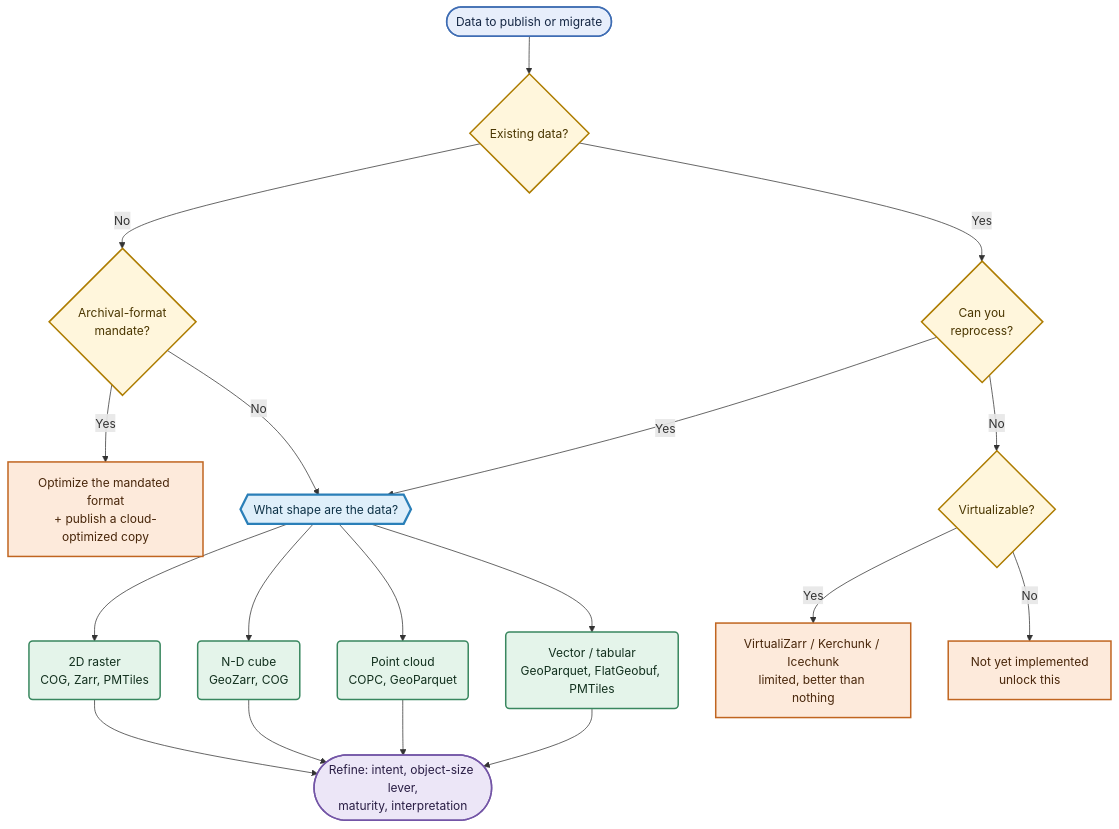
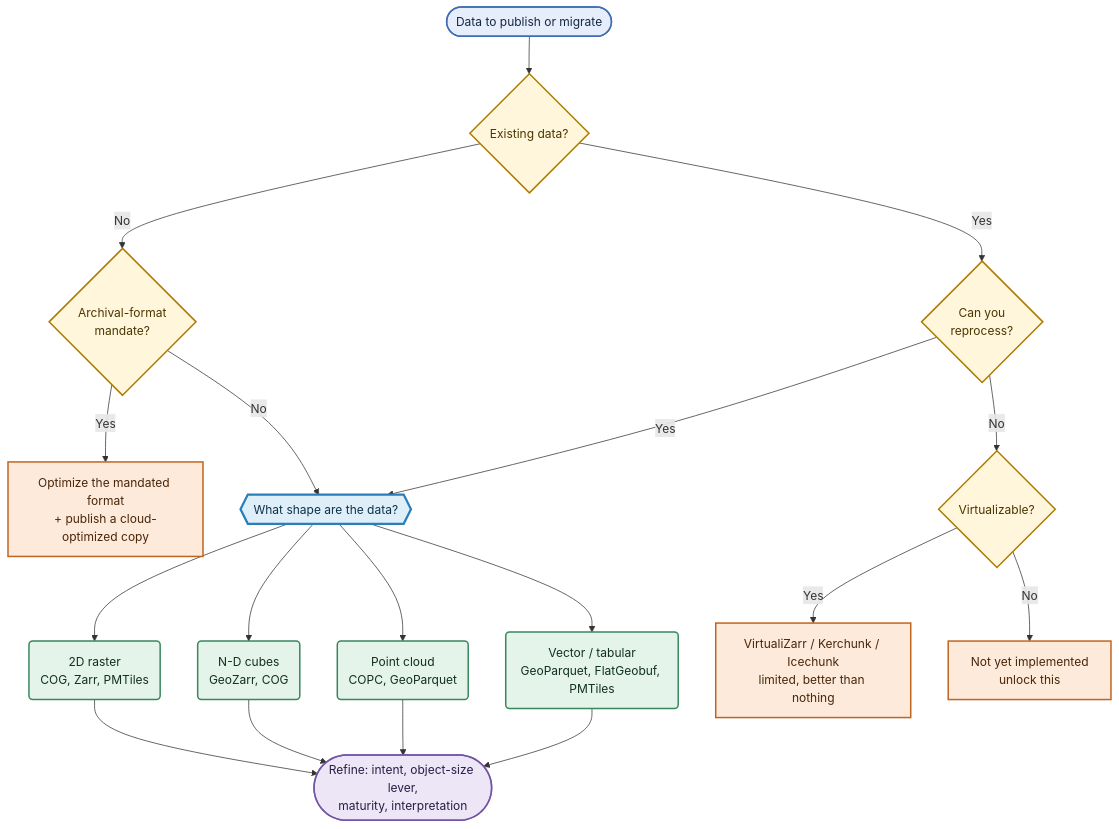
One commit to cloudnativegeo/cloud-optimized-geospatial-formats-guide changed the diagram in decision-framework/index.qmd. Above: the diagram before and after it, drawn with Mermaid. The commit also changed other lines of this file, not shown here.

Commit message:
Clarify terminology in decision framework by correcting pluralization of "N-D cube" to "N-D cubes" and enhancing consistency in data shape descriptions.

````diff
--- a/decision-framework/index.qmd
+++ b/decision-framework/index.qmd
@@ -84,39 +84,39 @@
 ```{mermaid}
 flowchart TD
     A([Data to publish or migrate]) --> B{Existing data?}
 
     B -- No --> C{Archival-format<br/>mandate?}
     C -- Yes --> C1[Optimize the mandated format<br/>+ publish a cloud-optimized copy]
     C -- No --> T{{What shape are the data?}}
 
     B -- Yes --> D{Can you<br/>reprocess?}
     D -- Yes --> T
     D -- No --> E{Virtualizable?}
     E -- Yes --> E1[VirtualiZarr / Kerchunk / Icechunk<br/>limited, better than nothing]
     E -- No --> E2[Not yet implemented<br/>unlock this]
 
     T --> T1(2D raster<br/>COG, Zarr, PMTiles)
-    T --> T2(N-D cube<br/>GeoZarr, COG)
+    T --> T2(N-D cubes<br/>GeoZarr, COG)
     T --> T3(Point cloud<br/>COPC, GeoParquet)
     T --> T4(Vector / tabular<br/>GeoParquet, FlatGeobuf, PMTiles)
 
     T1 --> R([Refine: intent, object-size lever,<br/>maturity, interpretation])
     T2 --> R
     T3 --> R
     T4 --> R
 
     classDef entry   fill:#e7eefb,stroke:#3f6db3,stroke-width:2px,color:#152744
     classDef ask     fill:#fff6dc,stroke:#ad7c00,stroke-width:2px,color:#4a3600
     classDef hinge   fill:#dfeffa,stroke:#2a7fb8,stroke-width:3px,color:#0e3247
     classDef family  fill:#e4f4ea,stroke:#39875f,stroke-width:2px,color:#12301e
     classDef partial fill:#fdeadb,stroke:#c06520,stroke-width:2px,color:#48260a
     classDef refine  fill:#ece6f7,stroke:#7355a6,stroke-width:2px,color:#291d44
 
     class A entry
     class B,C,D,E ask
     class T hinge
     class T1,T2,T3,T4 family
     class C1,E1,E2 partial
     class R refine
 
 ```
````
